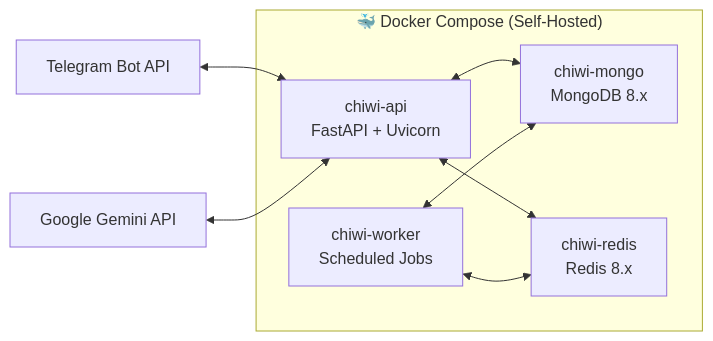
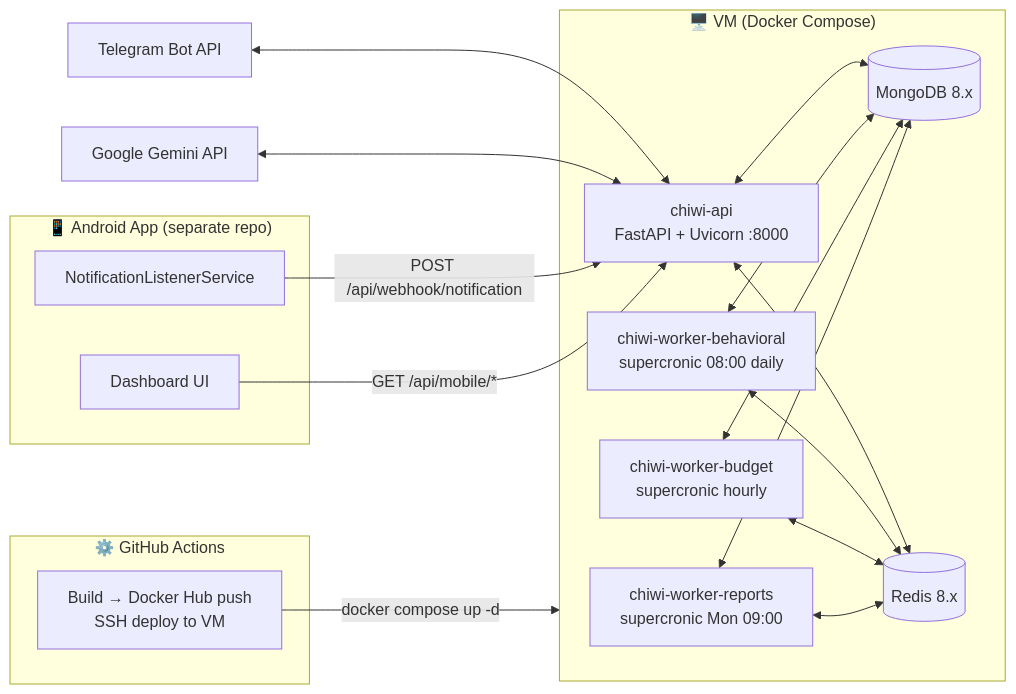
The second of 2 diagrams in docs/ARCHITECTURE.md (nqhuy44/chiwi), drawn with Mermaid before and after one commit. The commit also changed other lines of this file and 50 other files, not shown here.

Commit message:
refactor schema of the project, move to use ODM

````diff
--- a/docs/ARCHITECTURE.md
+++ b/docs/ARCHITECTURE.md
@@ -107,16 +111,28 @@
 ```mermaid
 graph LR
-    subgraph Docker Host ["🐳 Docker Compose (Self-Hosted)"]
-        APP["chiwi-api<br/>FastAPI + Uvicorn"]
-        MONGO["chiwi-mongo<br/>MongoDB 8.x"]
-        REDIS["chiwi-redis<br/>Redis 8.x"]
-        WORKER["chiwi-worker<br/>Scheduled Jobs"]
+    subgraph GH ["⚙️ GitHub Actions"]
+        CI["Build → Docker Hub push<br/>SSH deploy to VM"]
+    end
+
+    subgraph VM ["🖥️ VM (Docker Compose)"]
+        APP["chiwi-api<br/>FastAPI + Uvicorn :8000"]
+        WB["chiwi-worker-behavioral<br/>supercronic 08:00 daily"]
+        WBU["chiwi-worker-budget<br/>supercronic hourly"]
+        WR["chiwi-worker-reports<br/>supercronic Mon 09:00"]
+        MONGO[("MongoDB 8.x")]
+        REDIS[("Redis 8.x")]
+    end
+
+    subgraph Android ["📱 Android App (separate repo)"]
+        NOTIF["NotificationListenerService"]
+        DASH["Dashboard UI"]
     end
 
     TG["Telegram Bot API"] <--> APP
-    APP <--> MONGO
-    APP <--> REDIS
-    WORKER <--> MONGO
-    WORKER <--> REDIS
     GEMINI["Google Gemini API"] <--> APP
+    APP <--> MONGO & REDIS
+    WB & WBU & WR <--> MONGO & REDIS
+    NOTIF -->|POST /api/webhook/notification| APP
+    DASH -->|GET /api/mobile/*| APP
+    CI -->|docker compose up -d| VM
 ```
````
